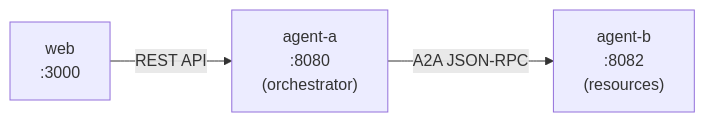
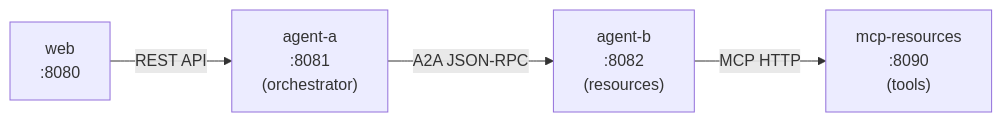
Before and after one commit to smorand/agent-stop-and-go: the third of 3 diagrams in docs/devops.md, drawn with Mermaid. The commit also changed other lines of this file and 33 other files, not shown here.

````diff
--- a/docs/devops.md
+++ b/docs/devops.md
@@ -215,5 +218,6 @@
 ```mermaid
 graph LR
-    Web["web<br/>:3000"] -->|"REST API"| AgentA["agent-a<br/>:8080<br/>(orchestrator)"]
+    Web["web<br/>:8080"] -->|"REST API"| AgentA["agent-a<br/>:8081<br/>(orchestrator)"]
     AgentA -->|"A2A JSON-RPC"| AgentB["agent-b<br/>:8082<br/>(resources)"]
+    AgentB -->|"MCP HTTP"| MCP["mcp-resources<br/>:8090<br/>(tools)"]
 ```
````
